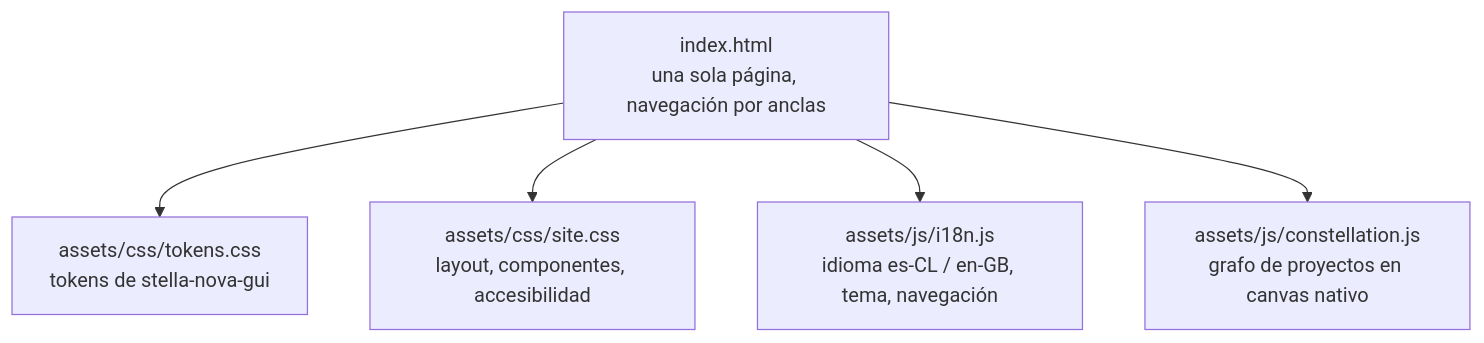
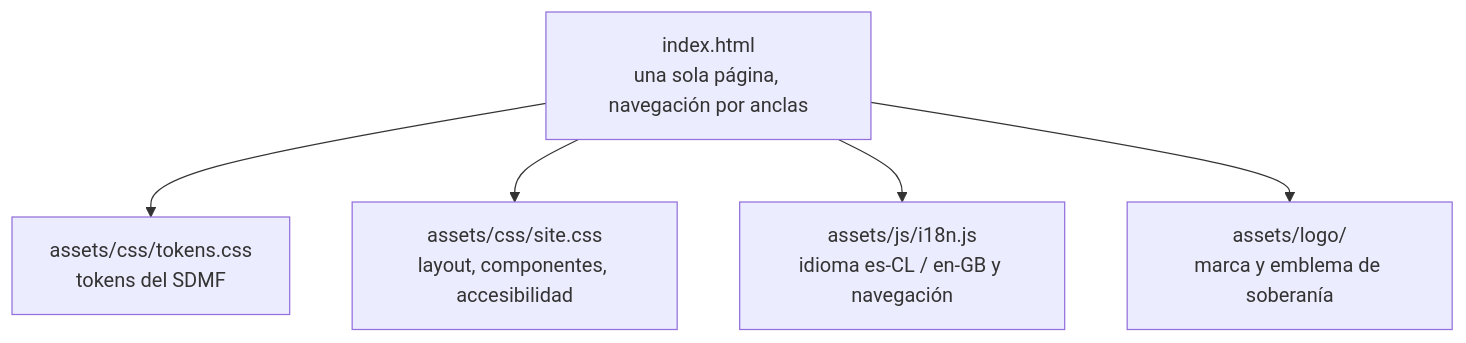
The diagram in README.md (mediafranca/mediafranca.github.io), drawn with Mermaid before and after one commit. The commit also changed other lines of this file and 3 other files, not shown here.

````diff
--- a/README.md
+++ b/README.md
@@ -18,7 +18,7 @@
 ```mermaid
 graph TD
-    A[index.html<br/>una sola página, navegación por anclas] --> B[assets/css/tokens.css<br/>tokens de stella-nova-gui]
+    A[index.html<br/>una sola página, navegación por anclas] --> B[assets/css/tokens.css<br/>tokens del SDMF]
     A --> C[assets/css/site.css<br/>layout, componentes, accesibilidad]
-    A --> D[assets/js/i18n.js<br/>idioma es-CL / en-GB, tema, navegación]
-    A --> E[assets/js/constellation.js<br/>grafo de proyectos en canvas nativo]
+    A --> D[assets/js/i18n.js<br/>idioma es-CL / en-GB y navegación]
+    A --> E[assets/logo/<br/>marca y emblema de soberanía]
 ```
````
